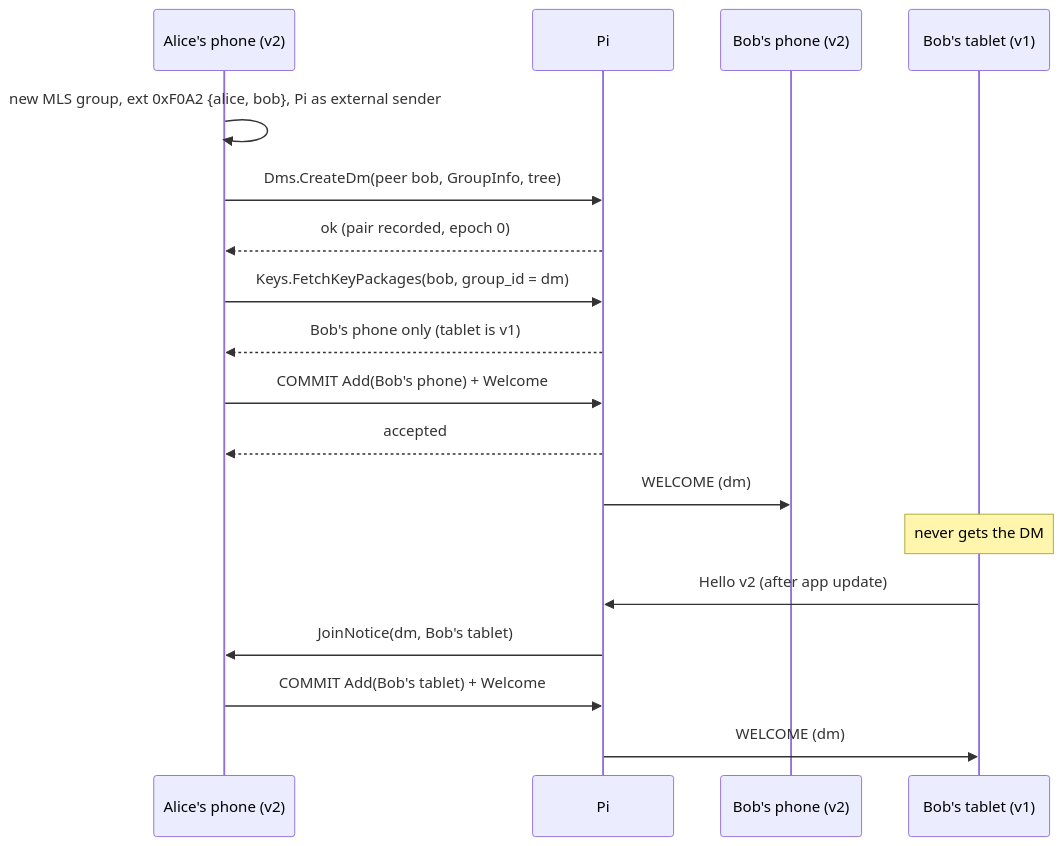
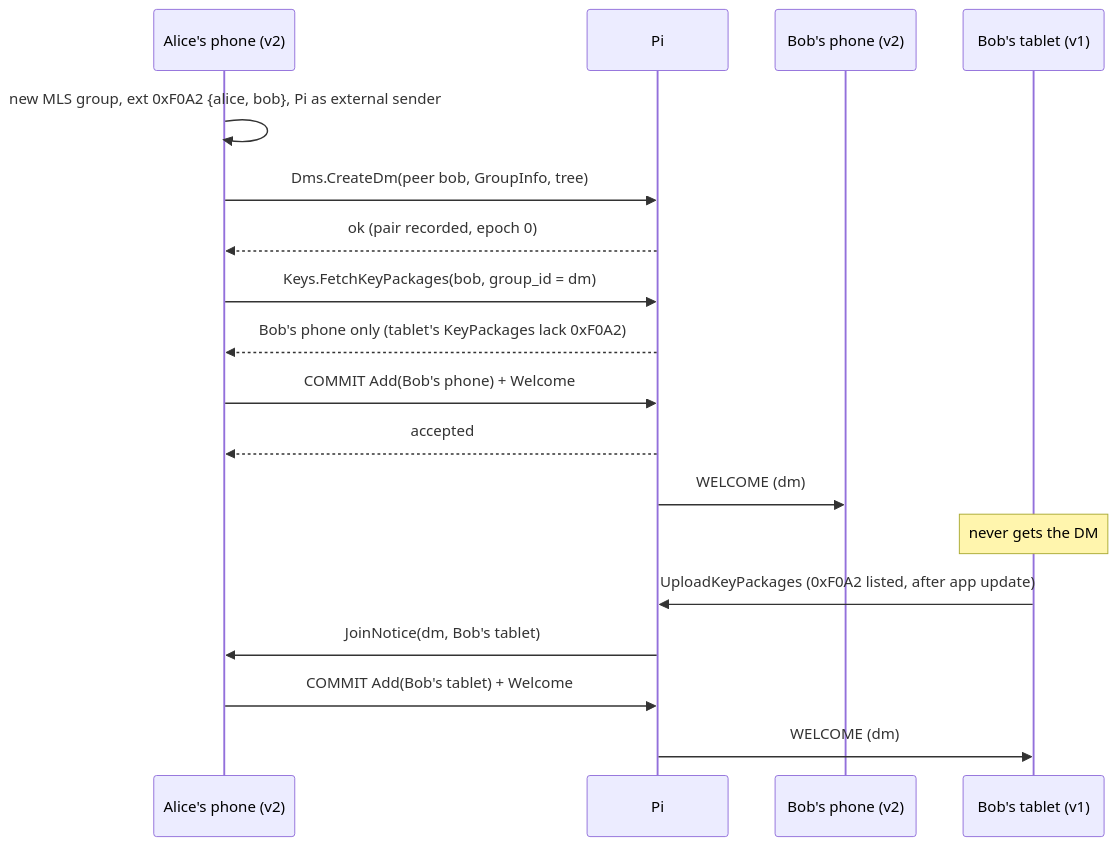
The diagram in openspec/changes/dms/design.md (koppathachan/vyajena), drawn with Mermaid before and after one commit. The commit also changed other lines of this file and 12 other files, not shown here.

First line of the commit message:
dms: DM-capable comes from KeyPackage capabilities, not Hello

````diff
--- a/openspec/changes/dms/design.md
+++ b/openspec/changes/dms/design.md
@@ -233,20 +245,20 @@
 ```mermaid
 sequenceDiagram
     participant A as Alice's phone (v2)
     participant Pi
     participant B as Bob's phone (v2)
     participant T as Bob's tablet (v1)
     A->>A: new MLS group, ext 0xF0A2 {alice, bob}, Pi as external sender
     A->>Pi: Dms.CreateDm(peer bob, GroupInfo, tree)
     Pi-->>A: ok (pair recorded, epoch 0)
     A->>Pi: Keys.FetchKeyPackages(bob, group_id = dm)
-    Pi-->>A: Bob's phone only (tablet is v1)
+    Pi-->>A: Bob's phone only (tablet's KeyPackages lack 0xF0A2)
     A->>Pi: COMMIT Add(Bob's phone) + Welcome
     Pi-->>A: accepted
     Pi->>B: WELCOME (dm)
     Note over T: never gets the DM
-    T->>Pi: Hello v2 (after app update)
+    T->>Pi: UploadKeyPackages (0xF0A2 listed, after app update)
     Pi->>A: JoinNotice(dm, Bob's tablet)
     A->>Pi: COMMIT Add(Bob's tablet) + Welcome
     Pi->>T: WELCOME (dm)
 ```
````
